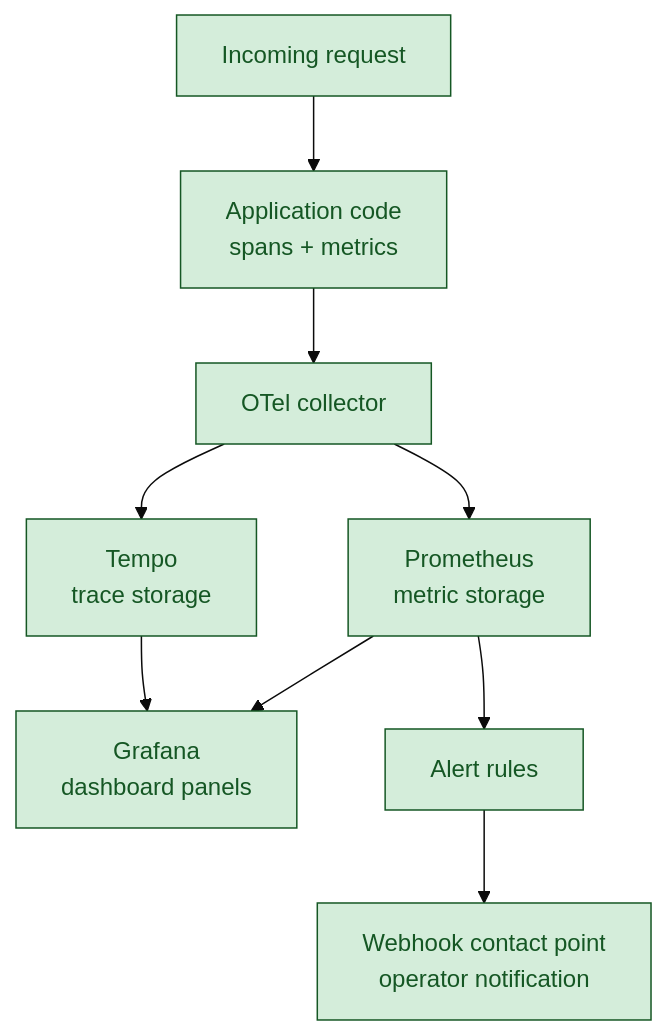
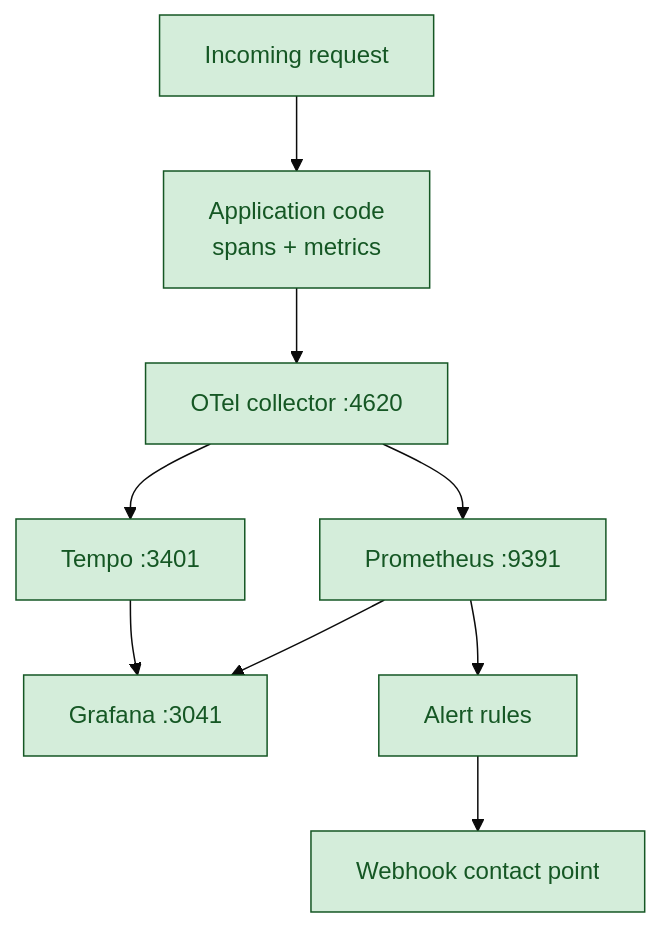
The third of 7 diagrams in docs/MANAGEMENT-BRIEFING.md (Kevinparashar/One-ops-NextGen), drawn with Mermaid (base theme) before and after one commit. The commit also changed other lines of this file and 1 other file, not shown here.

````diff
--- a/docs/MANAGEMENT-BRIEFING.md
+++ b/docs/MANAGEMENT-BRIEFING.md
@@ -140,20 +177,20 @@
 ```mermaid
 flowchart TD
     classDef shipped fill:#d4edda,stroke:#155724,color:#155724
     REQ["Incoming request"]:::shipped
     CODE["Application code<br/>spans + metrics"]:::shipped
-    OTLP["OTel collector"]:::shipped
-    TEMPO["Tempo<br/>trace storage"]:::shipped
-    PROM["Prometheus<br/>metric storage"]:::shipped
-    GRAF["Grafana<br/>dashboard panels"]:::shipped
+    OTLP["OTel collector :4620"]:::shipped
+    TEMPO["Tempo :3401"]:::shipped
+    PROM["Prometheus :9391"]:::shipped
+    GRAF["Grafana :3041"]:::shipped
     ALERT["Alert rules"]:::shipped
-    ONCALL["Webhook contact point<br/>operator notification"]:::shipped
+    ONCALL["Webhook contact point"]:::shipped
     REQ --> CODE
     CODE --> OTLP
     OTLP --> TEMPO
     OTLP --> PROM
     PROM --> GRAF
     PROM --> ALERT
     TEMPO --> GRAF
     ALERT --> ONCALL
 ```
````
